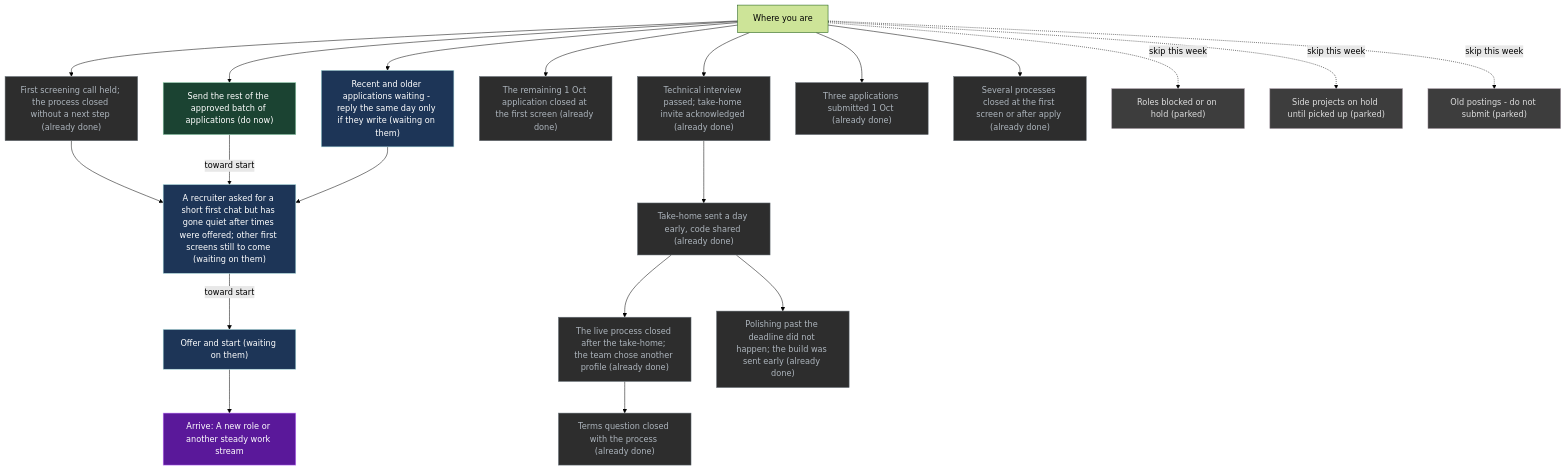
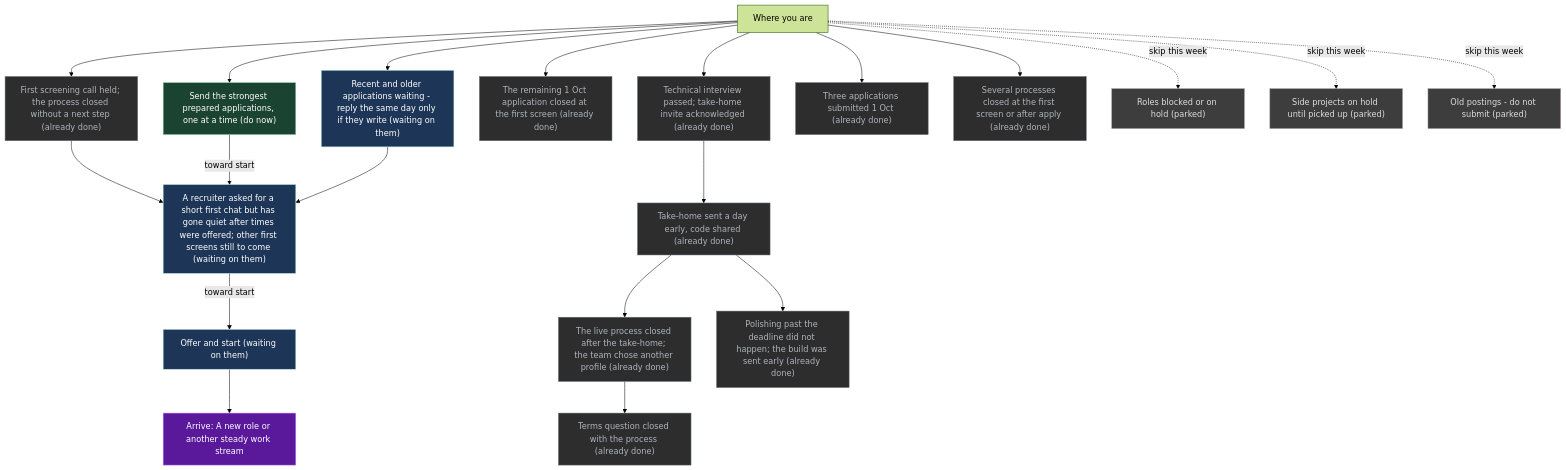
Before and after one commit to p10ns11y/life-os: the diagram in UI/Mission.md, drawn with Mermaid (forest theme). The commit also changed other lines of this file, not shown here.

````diff
--- a/UI/Mission.md
+++ b/UI/Mission.md
@@ -71,50 +71,50 @@
 ```mermaid
 flowchart TB
   x["Where you are"]
   G["Arrive: A new role or another steady work stream"]
   S9["First screening call held; the process closed without a next step (already done)"]
   S0["Technical interview passed; take-home invite acknowledged (already done)"]
   S4["Take-home sent a day early, code shared (already done)"]
   S4b["The live process closed after the take-home; the team chose another profile (already done)"]
-  S7["Send the rest of the approved batch of applications (do now)"]
+  S7["Send the strongest prepared applications, one at a time (do now)"]
   S8["A recruiter asked for a short first chat but has gone quiet after times were offered; other first screens still to come (waiting on them)"]
   S5["Offer and start (waiting on them)"]
   S6["The remaining 1 Oct application closed at the first screen (already done)"]
   S1["Recent and older applications waiting - reply the same day only if they write (waiting on them)"]
   R1["Terms question closed with the process (already done)"]
   R2["Polishing past the deadline did not happen; the build was sent early (already done)"]
   S3["Three applications submitted 1 Oct (already done)"]
   D1["Several processes closed at the first screen or after apply (already done)"]
   P1["Roles blocked or on hold (parked)"]
   P2["Side projects on hold until picked up (parked)"]
   P3["Old postings - do not submit (parked)"]
   x --> S9
   x --> S0
   S0 --> S4
   S4 --> S4b
   x --> S7
   S9 --> S8
   S7 -->|"toward start"| S8
   S1 --> S8
   S8 -->|"toward start"| S5
   x --> S6
   x --> S1
   S4b --> R1
   S4 --> R2
   x --> S3
   x --> D1
   x -.->|"skip this week"| P1
   x -.->|"skip this week"| P2
   x -.->|"skip this week"| P3
   S5 --> G
   classDef do fill:#1b4332,stroke:#95d5b2,color:#fff
   classDef wait fill:#1d3557,stroke:#a8dadc,color:#fff
   classDef park fill:#3d3d3d,stroke:#9a8c98,color:#ddd
   classDef done fill:#2d2d2d,stroke:#6c757d,color:#adb5bd
   classDef goal fill:#5a189a,stroke:#c77dff,color:#fff
   class G goal
   class S7 do
   class S8,S5,S1 wait
   class P1,P2,P3 park
   class S9,S0,S4,S4b,S6,R1,R2,S3,D1 done
 ```
````
